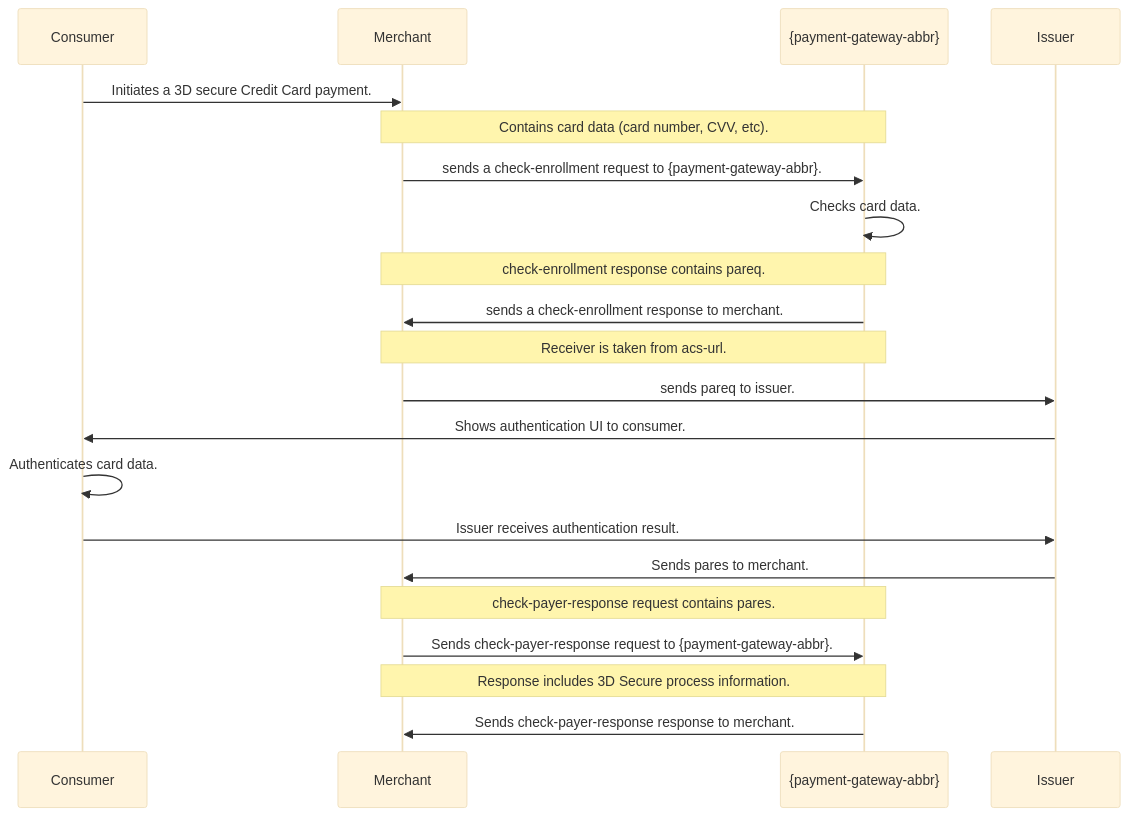
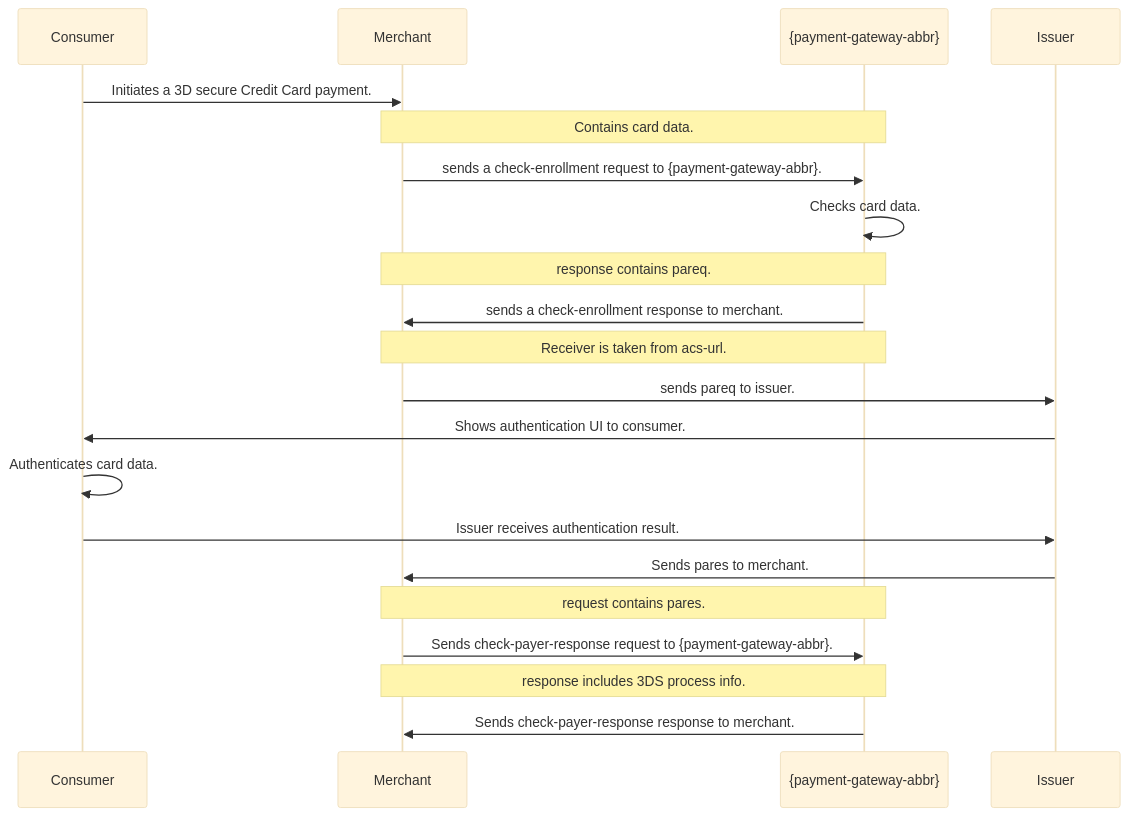
One commit to wirecard/merchant-documentation-gateway changed the diagram in 11-01-08-testcards.adoc. Above: the diagram before and after it, drawn with Mermaid (base theme).

Commit message:
Align note box content in mermaid

```diff
--- a/11-01-08-testcards.adoc
+++ b/11-01-08-testcards.adoc
@@ -242,24 +242,24 @@
 [mermaid, 3DS2_TestCards_Workflow,svg,subs=attributes+]
 ----
 sequenceDiagram
     participant Consumer
     participant Merchant
     participant {payment-gateway-abbr}
     participant Issuer
 Consumer->>Merchant: Initiates a 3D secure Credit Card payment.
-Note over Merchant,{payment-gateway-abbr}: Contains card data (card number, CVV, etc).
+Note over Merchant,{payment-gateway-abbr}: Contains card data.
 Merchant->>{payment-gateway-abbr}: sends a check-enrollment request to {payment-gateway-abbr}.
 {payment-gateway-abbr}->>{payment-gateway-abbr}: Checks card data.
-Note over Merchant,{payment-gateway-abbr}: check-enrollment response contains pareq.
+Note over Merchant,{payment-gateway-abbr}: response contains pareq.
 {payment-gateway-abbr}->>Merchant: sends a check-enrollment response to merchant.
 Note over Merchant,{payment-gateway-abbr}: Receiver is taken from acs-url.
 Merchant->>Issuer: sends pareq to issuer.
 Issuer->>Consumer: Shows authentication UI to consumer.
 Consumer->>Consumer: Authenticates card data.
 Consumer->>Issuer: Issuer receives authentication result.
 Issuer->>Merchant: Sends pares to merchant.
-Note over Merchant,{payment-gateway-abbr}: check-payer-response request contains pares.
+Note over Merchant,{payment-gateway-abbr}: request contains pares.
 Merchant->>{payment-gateway-abbr}: Sends check-payer-response request to {payment-gateway-abbr}.
-Note over Merchant,{payment-gateway-abbr}: Response includes 3D Secure process information.
+Note over Merchant,{payment-gateway-abbr}: response includes 3DS process info.
 {payment-gateway-abbr}->>Merchant: Sends check-payer-response response to merchant.
 ----
```
